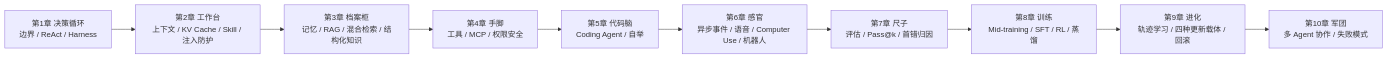
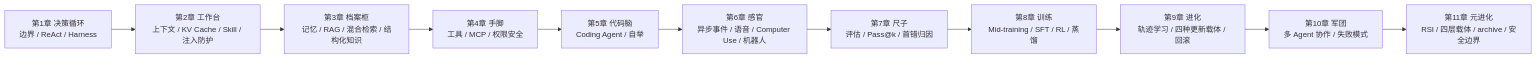
The diagram in 12-智能体开发/README.md (Akun-python/autumn-recruitment), drawn with Mermaid before and after one commit. The commit also changed other lines of this file and 3 other files, not shown here.

````diff
--- a/12-智能体开发/README.md
+++ b/12-智能体开发/README.md
@@ -25,12 +26,13 @@
 ```mermaid
 flowchart LR
     A["第1章 决策循环<br/>边界 / ReAct / Harness"] --> B["第2章 工作台<br/>上下文 / KV Cache / Skill / 注入防护"]
     B --> C["第3章 档案柜<br/>记忆 / RAG / 混合检索 / 结构化知识"]
     C --> D["第4章 手脚<br/>工具 / MCP / 权限安全"]
     D --> E["第5章 代码脑<br/>Coding Agent / 自举"]
     E --> F["第6章 感官<br/>异步事件 / 语音 / Computer Use / 机器人"]
     F --> G["第7章 尺子<br/>评估 / Pass@k / 首错归因"]
     G --> H["第8章 训练<br/>Mid-training / SFT / RL / 蒸馏"]
     H --> I["第9章 进化<br/>轨迹学习 / 四种更新载体 / 回滚"]
     I --> J["第10章 军团<br/>多 Agent 协作 / 失败模式"]
+    J --> K["第11章 元进化<br/>RSI / 四层载体 / archive / 安全边界"]
 ```
````
